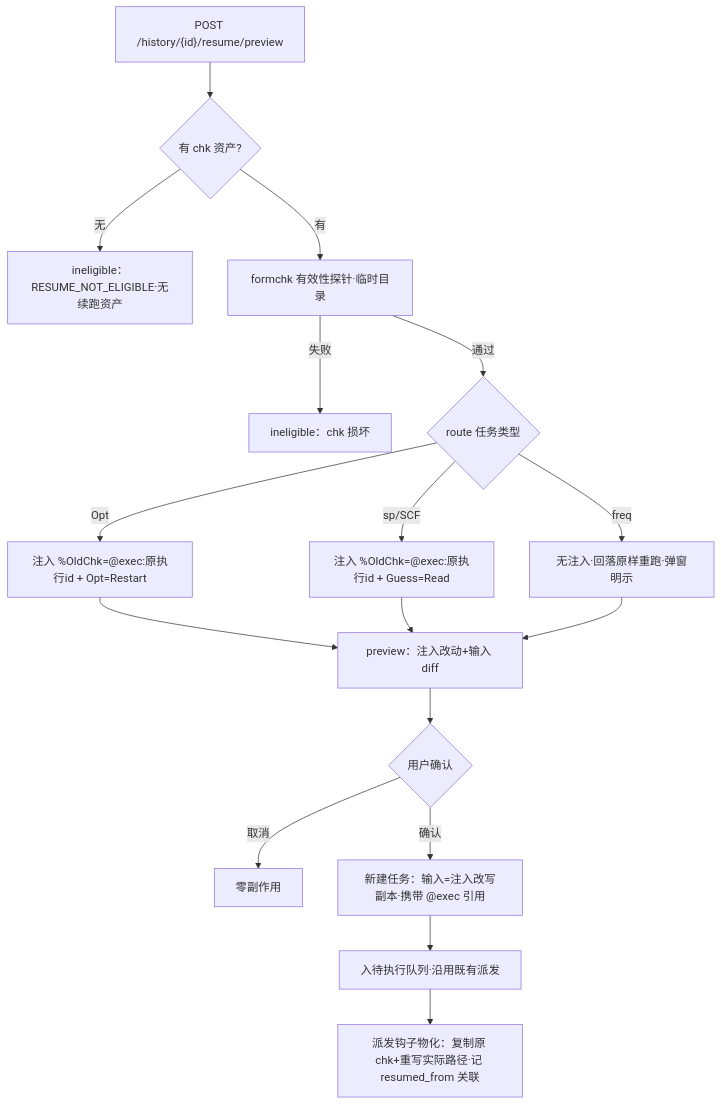
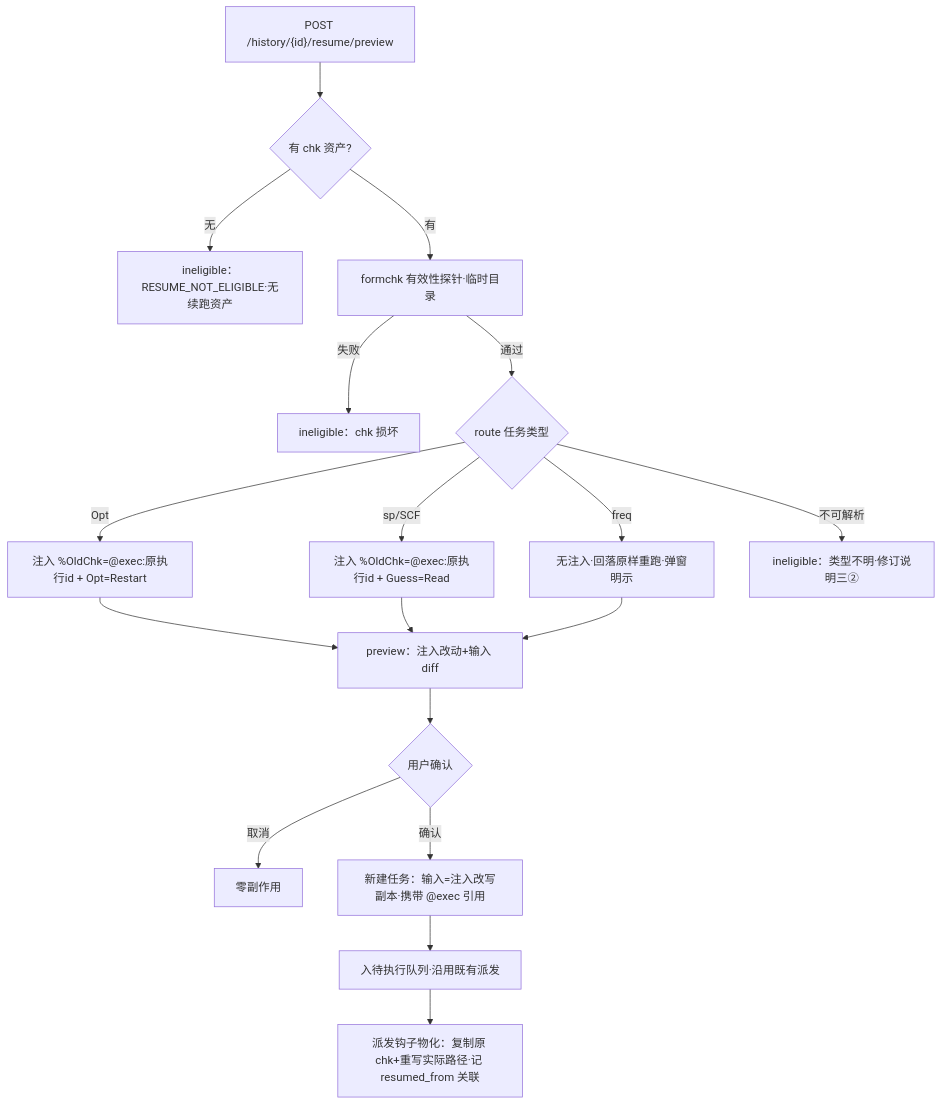
The fifth of 6 diagrams in docs/plans/m3-m4-plan.md (baizhancaiji/gauforge), drawn with Mermaid before and after one commit. The commit also changed other lines of this file, not shown here.

````diff
--- a/docs/plans/m3-m4-plan.md
+++ b/docs/plans/m3-m4-plan.md
@@ -763,19 +840,20 @@
 ```mermaid
 flowchart TD
     RES["POST /history/{id}/resume/preview"] --> HAS{有 chk 资产?}
     HAS -->|无| INEL[ineligible：RESUME_NOT_ELIGIBLE·无续跑资产]
     HAS -->|有| PROBE[formchk 有效性探针·临时目录]
     PROBE -->|失败| INEL2[ineligible：chk 损坏]
     PROBE -->|通过| TYPE{route 任务类型}
     TYPE -->|Opt| INJ1["注入 %OldChk=@exec:原执行id + Opt=Restart"]
     TYPE -->|sp/SCF| INJ2["注入 %OldChk=@exec:原执行id + Guess=Read"]
     TYPE -->|freq| INJ3[无注入·回落原样重跑·弹窗明示]
+    TYPE -->|不可解析| INEL3[ineligible：类型不明·修订说明三②]
     INJ1 --> DIFF[preview：注入改动+输入 diff]
     INJ2 --> DIFF
     INJ3 --> DIFF
     DIFF --> CONF{用户确认}
     CONF -->|取消| STOP[零副作用]
     CONF -->|确认| NEWT[新建任务：输入=注入改写副本·携带 @exec 引用]
     NEWT --> SEAT[入待执行队列·沿用既有派发]
     SEAT --> MAT[派发钩子物化：复制原 chk+重写实际路径·记 resumed_from 关联]
 ```
````
